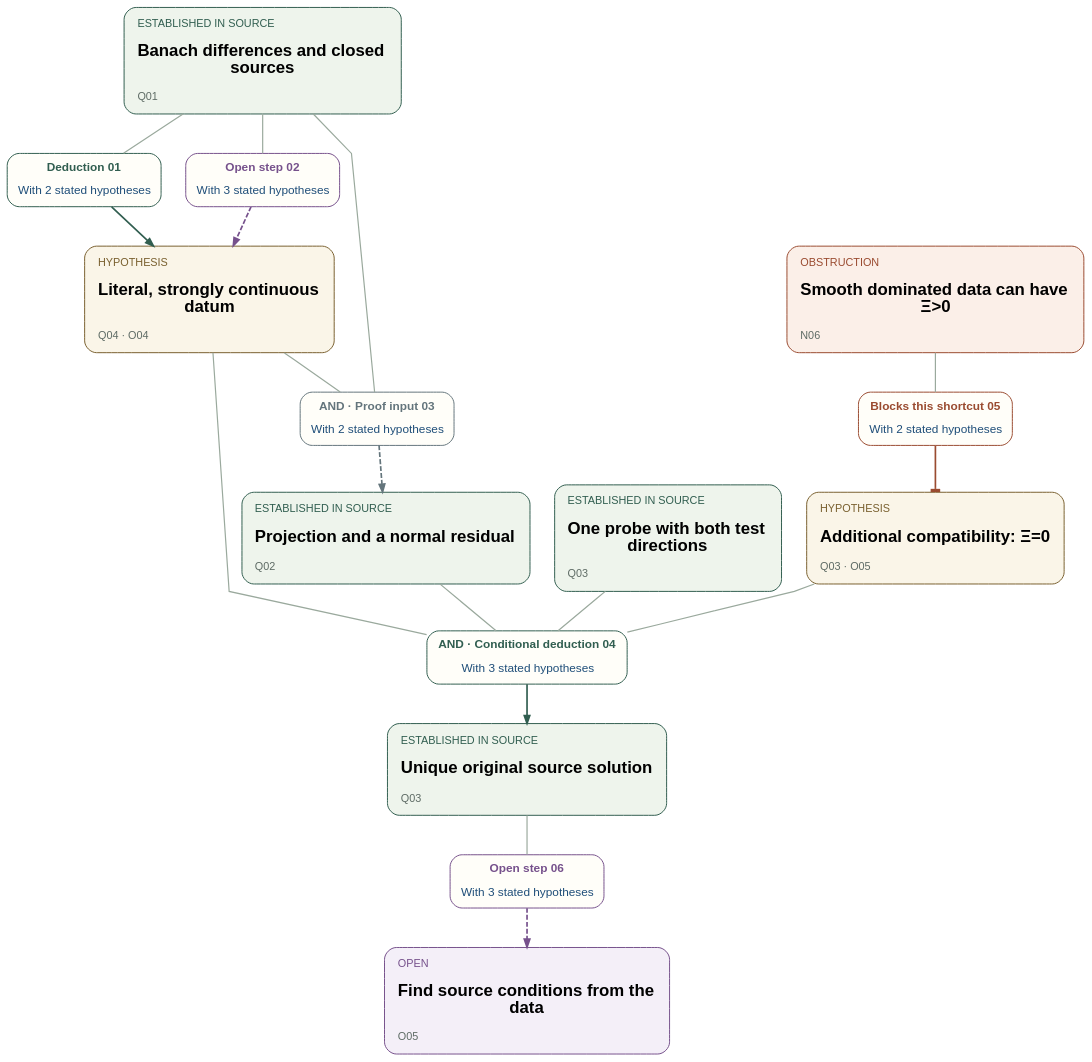
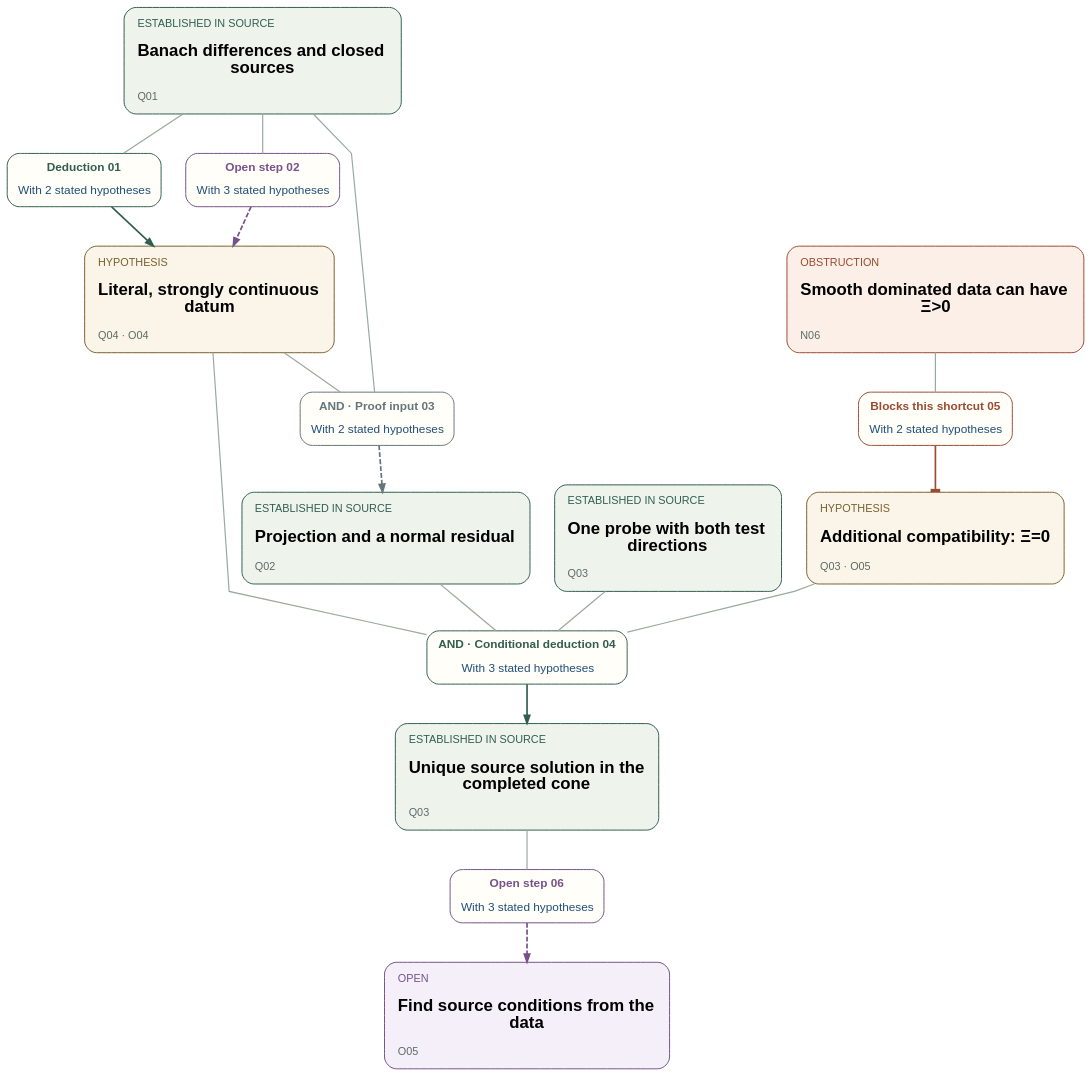
The diagram in content/bedford-taylor/logic-diagrams/energy-and-equations-energy-panel-sources.dot (DongKaicheng/math-research-atlas), drawn with Graphviz before and after one commit. The commit also changed 31 other files, not shown here.

First line of the commit message:
Add the overall Bedford–Taylor logical map

```diff
--- a/content/bedford-taylor/logic-diagrams/energy-and-equations-energy-panel-sources.dot
+++ b/content/bedford-taylor/logic-diagrams/energy-and-equations-energy-panel-sources.dot
@@ -7,7 +7,7 @@
 "n-energy-projection" [id="energy-and-equations-energy-panel-sources-n-energy-projection",label=<<TABLE BORDER="0" CELLBORDER="0" CELLSPACING="0" CELLPADDING="7"><TR><TD ALIGN="LEFT"><FONT POINT-SIZE="11" COLOR="#315e50">ESTABLISHED IN SOURCE</FONT></TD></TR><TR><TD ALIGN="LEFT"><FONT POINT-SIZE="17"><B>Projection and a normal residual</B></FONT></TD></TR><TR><TD ALIGN="LEFT"><FONT POINT-SIZE="11" COLOR="#5e6b65">Q02</FONT></TD></TR></TABLE>>,color="#315e50",fillcolor="#eef4ec",URL="/math-research-atlas/projects/bedford-taylor/papers/bedford-taylor-products/#thm:r12-nonlinear-normal-decomposition",tooltip="For a strongly continuous dual datum, maximizing ℓ(v)−e(v)/(q+1) on C gives a unique u=Π(ℓ). Its decomposition ℓ=J(u)+n satisfies n(v)≤0 on C and n(u)=0. The source equation still requires the residual to vanish in the appropriate literal sense."];
 "n-energy-probe" [id="energy-and-equations-energy-panel-sources-n-energy-probe",label=<<TABLE BORDER="0" CELLBORDER="0" CELLSPACING="0" CELLPADDING="7"><TR><TD ALIGN="LEFT"><FONT POINT-SIZE="11" COLOR="#315e50">ESTABLISHED IN SOURCE</FONT></TD></TR><TR><TD ALIGN="LEFT"><FONT POINT-SIZE="17"><B>One probe with both test<BR ALIGN="LEFT"/>directions</B></FONT></TD></TR><TR><TD ALIGN="LEFT"><FONT POINT-SIZE="11" COLOR="#5e6b65">Q03</FONT></TD></TR></TABLE>>,color="#315e50",fillcolor="#eef4ec",URL="/math-research-atlas/projects/bedford-taylor/papers/bedford-taylor-products/#lem:geometric-compensators",tooltip="The strict Laurent geometry supplies a single bounded continuous negative classical ψ₀. For every original compact smooth scalar φ, both ψ₀+ε_φφ and ψ₀−ε_φφ lie in the actual first-energy cone for some ε_φ>0. The same probe works for every extending allowed background."];
 "n-energy-defect-zero" [id="energy-and-equations-energy-panel-sources-n-energy-defect-zero",label=<<TABLE BORDER="0" CELLBORDER="0" CELLSPACING="0" CELLPADDING="7"><TR><TD ALIGN="LEFT"><FONT POINT-SIZE="11" COLOR="#79602f">HYPOTHESIS</FONT></TD></TR><TR><TD ALIGN="LEFT"><FONT POINT-SIZE="17"><B>Additional compatibility: Ξ=0</B></FONT></TD></TR><TR><TD ALIGN="LEFT"><FONT POINT-SIZE="11" COLOR="#5e6b65">Q03 · O05</FONT></TD></TR></TABLE>>,color="#79602f",fillcolor="#faf5e8",URL="/math-research-atlas/projects/bedford-taylor/papers/bedford-taylor-products/#thm:single-probe",tooltip="For the normal pair of a literal strongly continuous positive datum, Ξ=J(Πℓ_μ)(ψ₀)−ℓ_μ(ψ₀)=−n(ψ₀) is nonnegative. Requiring Ξ=0 is the extra compatibility condition. Strong continuity and fixed-source domination do not force this equality."];
-"n-energy-source-solution" [id="energy-and-equations-energy-panel-sources-n-energy-source-solution",label=<<TABLE BORDER="0" CELLBORDER="0" CELLSPACING="0" CELLPADDING="7"><TR><TD ALIGN="LEFT"><FONT POINT-SIZE="11" COLOR="#315e50">ESTABLISHED IN SOURCE</FONT></TD></TR><TR><TD ALIGN="LEFT"><FONT POINT-SIZE="17"><B>Unique original source solution</B></FONT></TD></TR><TR><TD ALIGN="LEFT"><FONT POINT-SIZE="11" COLOR="#5e6b65">Q03</FONT></TD></TR></TABLE>>,color="#315e50",fillcolor="#eef4ec",URL="/math-research-atlas/projects/bedford-taylor/papers/bedford-taylor-products/#thm:single-probe",tooltip="Under the literal strong-dual hypotheses, Ξ=0 if and only if μ̂_{Πℓ_μ}=μ, if and only if some v∈C has source μ. Any solution equals Πℓ_μ. More generally, every compact original test error is bounded by ε_φ⁻¹Ξ. This is an exact compatibility criterion, not an assertion that arbitrary data are compatible."];
+"n-energy-source-solution" [id="energy-and-equations-energy-panel-sources-n-energy-source-solution",label=<<TABLE BORDER="0" CELLBORDER="0" CELLSPACING="0" CELLPADDING="7"><TR><TD ALIGN="LEFT"><FONT POINT-SIZE="11" COLOR="#315e50">ESTABLISHED IN SOURCE</FONT></TD></TR><TR><TD ALIGN="LEFT"><FONT POINT-SIZE="17"><B>Unique source solution in the<BR ALIGN="LEFT"/>completed cone</B></FONT></TD></TR><TR><TD ALIGN="LEFT"><FONT POINT-SIZE="11" COLOR="#5e6b65">Q03</FONT></TD></TR></TABLE>>,color="#315e50",fillcolor="#eef4ec",URL="/math-research-atlas/projects/bedford-taylor/papers/bedford-taylor-products/#thm:single-probe",tooltip="Under the literal strong-dual hypotheses, Ξ=0 if and only if μ̂_{Πℓ_μ}=μ, if and only if some v∈C has source μ. Any solution equals Πℓ_μ. More generally, every compact original test error is bounded by ε_φ⁻¹Ξ. This is an exact compatibility criterion, not an assertion that arbitrary data are compatible."];
 "n-energy-source-gap" [id="energy-and-equations-energy-panel-sources-n-energy-source-gap",label=<<TABLE BORDER="0" CELLBORDER="0" CELLSPACING="0" CELLPADDING="7"><TR><TD ALIGN="LEFT"><FONT POINT-SIZE="11" COLOR="#9a4b30">OBSTRUCTION</FONT></TD></TR><TR><TD ALIGN="LEFT"><FONT POINT-SIZE="17"><B>Smooth dominated data can have<BR ALIGN="LEFT"/>Ξ&gt;0</B></FONT></TD></TR><TR><TD ALIGN="LEFT"><FONT POINT-SIZE="11" COLOR="#5e6b65">N06</FONT></TD></TR></TABLE>>,color="#9a4b30",fillcolor="#fbefe8",URL="/math-research-atlas/projects/bedford-taylor/sources/view/835cdc44e503/#the-fixed-original-source-counterexample",tooltip="In a fixed two-dimensional torus model with q=1, smooth positive densities f_j→1 uniformly can make f_jμ_w leave the entire strong-completion source image, even at a fixed reference admitting every two-sided compact test direction. These data remain literal, strongly continuous and uniformly source dominated. Their zero-boundary Poisson traces fail convexity."];
 "n-energy-compatible-classes" [id="energy-and-equations-energy-panel-sources-n-energy-compatible-classes",label=<<TABLE BORDER="0" CELLBORDER="0" CELLSPACING="0" CELLPADDING="7"><TR><TD ALIGN="LEFT"><FONT POINT-SIZE="11" COLOR="#76518c">OPEN</FONT></TD></TR><TR><TD ALIGN="LEFT"><FONT POINT-SIZE="17"><B>Find source conditions from the<BR ALIGN="LEFT"/>data</B></FONT></TD></TR><TR><TD ALIGN="LEFT"><FONT POINT-SIZE="11" COLOR="#5e6b65">O05</FONT></TD></TR></TABLE>>,color="#76518c",fillcolor="#f4eff8",URL="/math-research-atlas/projects/bedford-taylor/papers/research-program/#problem:sources",tooltip="Find substantial geometric classes of given μ for which strong continuity and Ξ=0 follow from checkable input conditions. A local inverse route needs a specified linearized range, a right inverse with boundary and moment estimates, and preservation of that range by the nonlinear remainder. Assuming an unknown solution would restate the goal."];
 "r-energy-r4-fixed-domination" [id="energy-and-equations-energy-panel-sources-r-energy-r4-fixed-domination",label=<<TABLE BORDER="0" CELLBORDER="0" CELLSPACING="0" CELLPADDING="5"><TR><TD><FONT POINT-SIZE="12" COLOR="#315e50"><B>Deduction 01</B></FONT></TD></TR><TR><TD><FONT POINT-SIZE="12" COLOR="#1f4e79">With 2 stated hypotheses</FONT></TD></TR></TABLE>>,color="#315e50",fillcolor="#fffef9",URL="#logic-energy-and-equations-energy-r4-fixed-domination",tooltip="Keep one fixed strict Laurent geometry and background S. Supply a completed reference potential v∈C and a finite constant M≥0 with 0≤μ≤M μ̂_v as Radon measures on every Borel set. Mixed Hölder proves literal integrability and the norm bound on every difference. Domination transfers the completed tester estimate to ∫|u_j−u| dμ, proving strong L¹ continuity. The fixed dominated interval is also weak-star compact and norm closed. This route supplies strong continuity but does not supply Ξ=0."];
```
